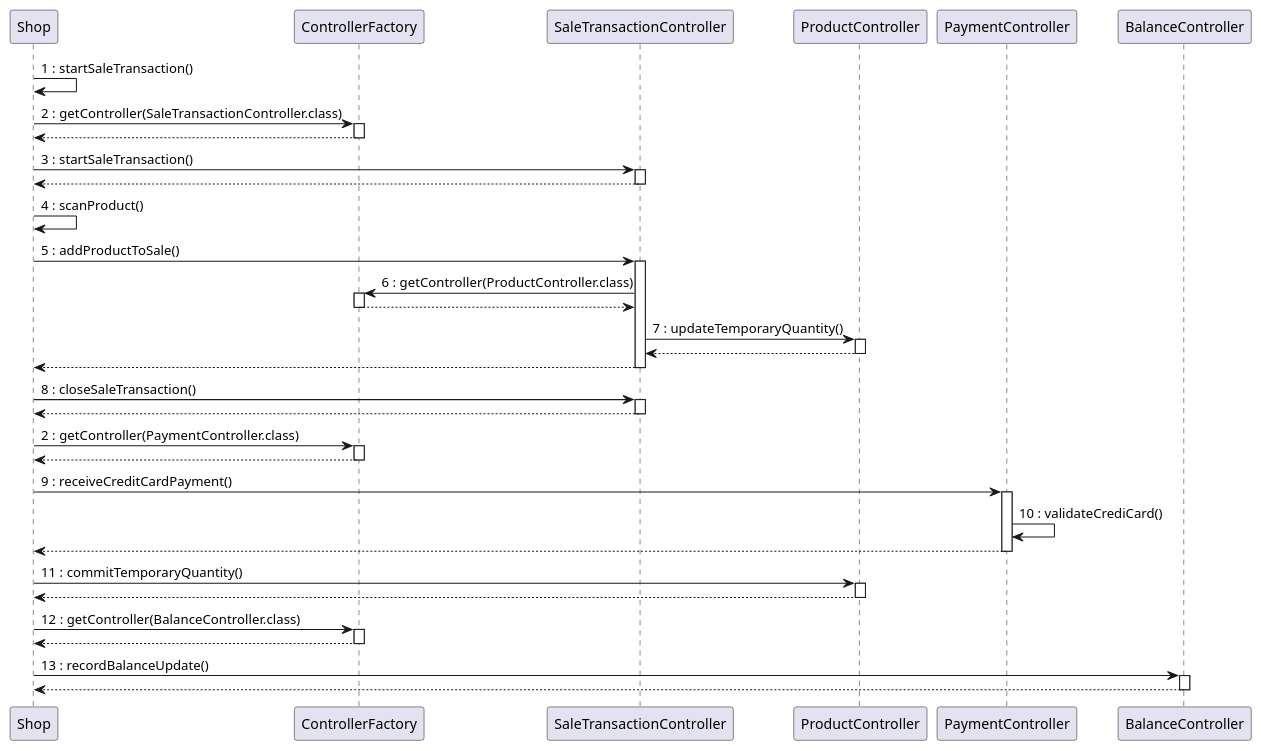
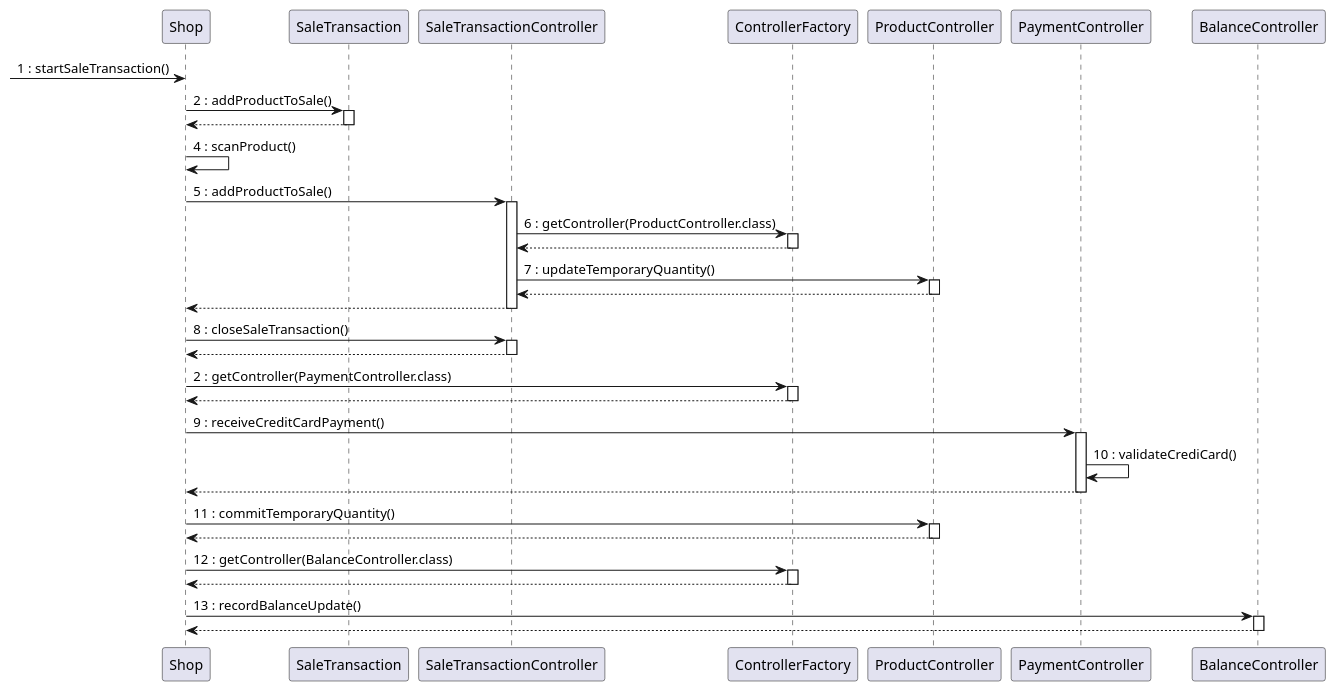
The fourth of 4 diagrams in Deliverables/DesignDocument.md (MatteoBattilana/EzShop), drawn with PlantUML before and after one commit. The commit also changed other lines of this file, not shown here.

Commit message:
wip: class diagram simplified

````diff
--- a/Deliverables/DesignDocument.md
+++ b/Deliverables/DesignDocument.md
@@ -375,47 +359,43 @@
 ```plantuml
 @startuml
-Shop -> Shop:1 : startSaleTransaction()
-Shop -> ControllerFactory:2 : getController(SaleTransactionController.class)
-activate ControllerFactory
-return
-
-Shop -> SaleTransactionController:3 : startSaleTransaction()
-activate SaleTransactionController
+-> Shop:1 : startSaleTransaction()
+Shop -> SaleTransaction:2 : addProductToSale()
+activate SaleTransaction
 return
 
 Shop -> Shop:4 : scanProduct()
 
 Shop -> SaleTransactionController:5 : addProductToSale()
 activate SaleTransactionController
   SaleTransactionController -> ControllerFactory:6 : getController(ProductController.class)
   activate ControllerFactory
   return
   SaleTransactionController -> ProductController:7 : updateTemporaryQuantity()
   activate ProductController
   return
 return
 Shop -> SaleTransactionController:8 : closeSaleTransaction()
 activate SaleTransactionController
 return
 
 Shop -> ControllerFactory:2 : getController(PaymentController.class)
 activate ControllerFactory
 return
 Shop -> PaymentController:9 : receiveCreditCardPayment()
 activate PaymentController
   PaymentController -> PaymentController:10 : validateCrediCard()
 return
 
 Shop -> ProductController:11 : commitTemporaryQuantity()
 activate ProductController
 return
 
 Shop -> ControllerFactory:12 : getController(BalanceController.class)
 activate ControllerFactory
 return
 Shop -> BalanceController: 13 : recordBalanceUpdate()
 activate BalanceController
 return
 
 @enduml
 ```
````
